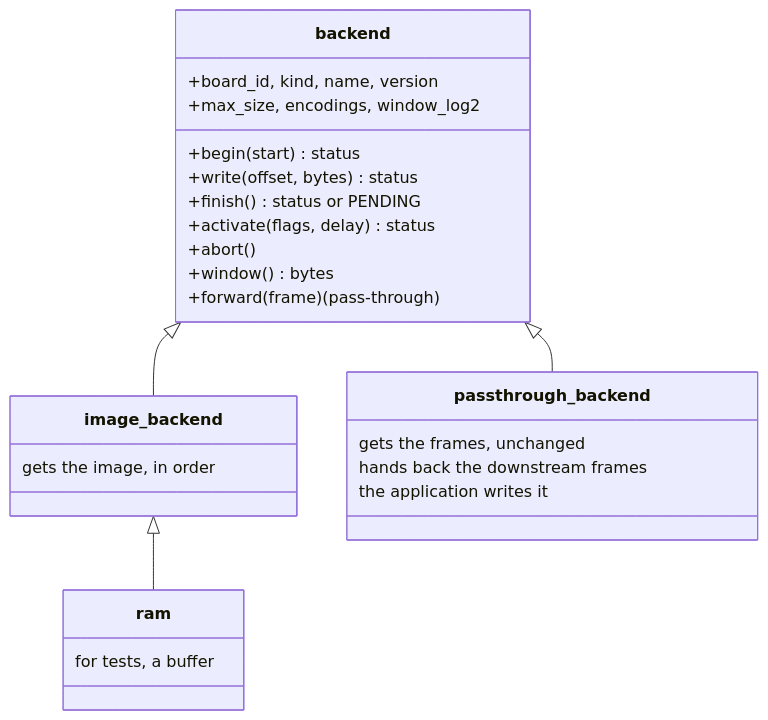
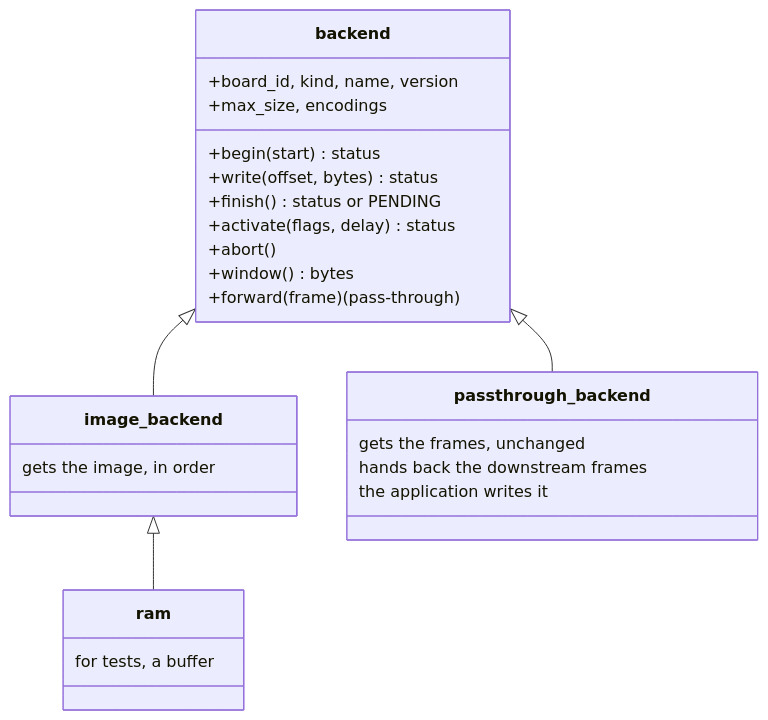
Diagram 11 of 14 in DESIGN.md (fvsolutions-dev/dfukit), drawn with Mermaid before and after one commit. The commit also changed other lines of this file and 4 other files, not shown here.

````diff
--- a/DESIGN.md
+++ b/DESIGN.md
@@ -365,28 +374,28 @@
 ```mermaid
 classDiagram
     class backend {
         +board_id, kind, name, version
-        +max_size, encodings, window_log2
+        +max_size, encodings
         +begin(start) status
         +write(offset, bytes) status
         +finish() status or PENDING
         +activate(flags, delay) status
         +abort()
         +window() bytes
         +forward(frame) (pass-through)
     }
     class image_backend {
         gets the image, in order
     }
     class passthrough_backend {
         gets the frames, unchanged
         hands back the downstream frames
         the application writes it
     }
     class ram {
         for tests, a buffer
     }
     backend <|-- image_backend
     backend <|-- passthrough_backend
     image_backend <|-- ram
 ```
````
